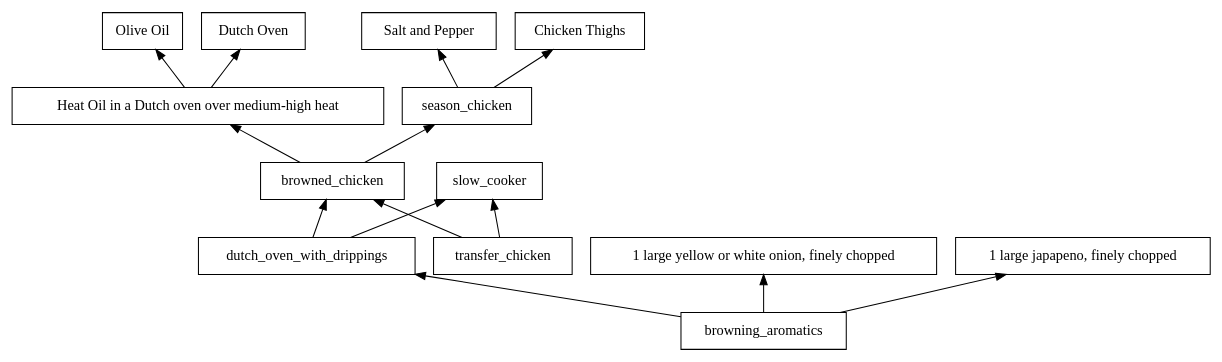
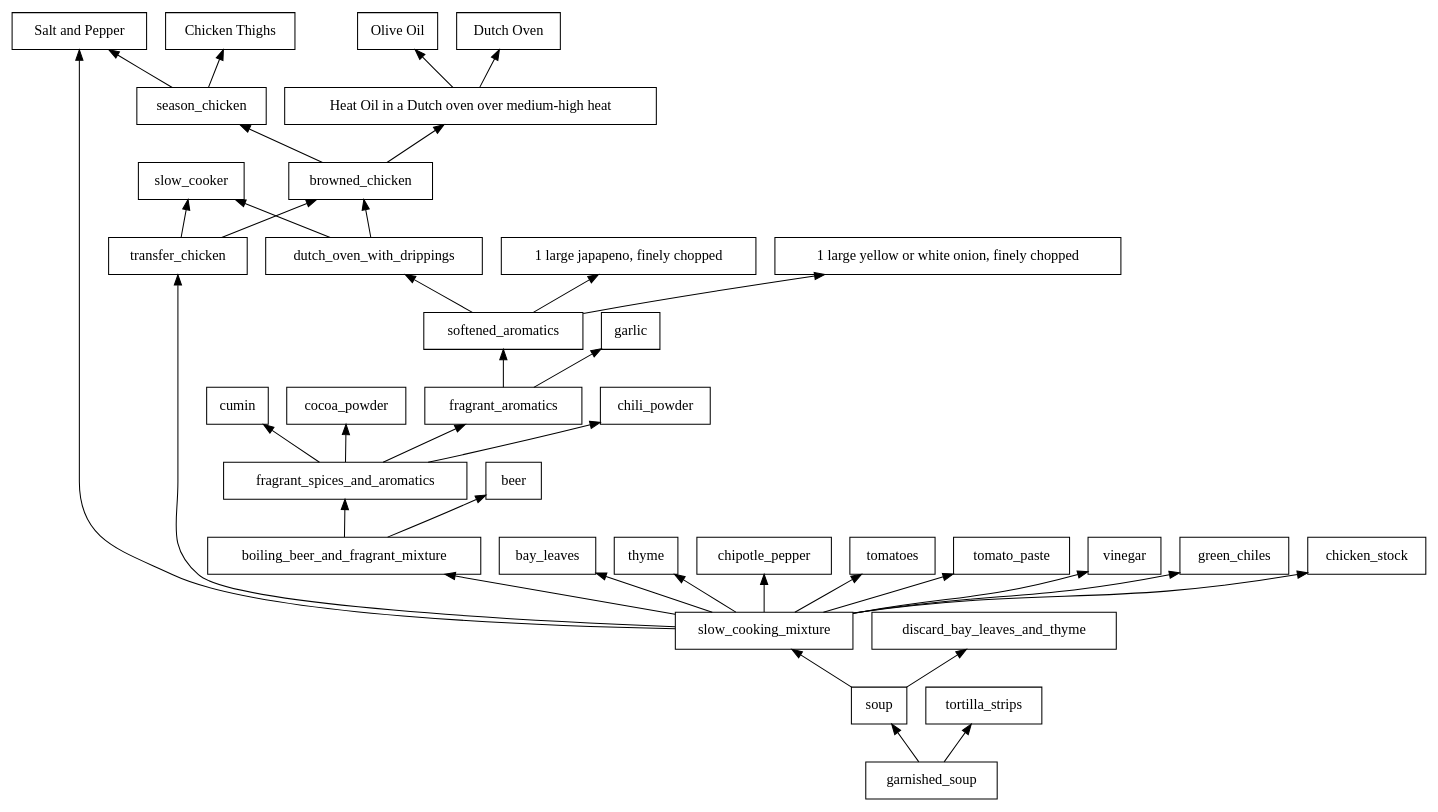
The diagram in serious-eats/slow-cooker-chicken-tortilla-soup/recipe.dot (isaacsanders/recipes-as-dependency-graphs), drawn with Graphviz before and after one commit.

```diff
--- a/serious-eats/slow-cooker-chicken-tortilla-soup/recipe.dot
+++ b/serious-eats/slow-cooker-chicken-tortilla-soup/recipe.dot
@@ -1,17 +1,22 @@
 digraph recipe {
   rankdir=BT;
   node [shape=record];
   olive_oil [label="Olive Oil"];
   dutch_oven [label="Dutch Oven"];
   heat_oil [label="Heat Oil in a Dutch oven over medium-high heat"];
   heat_oil -> olive_oil, dutch_oven;
   salt_and_pepper [label="Salt and Pepper"];
   chicken_thighs [label="Chicken Thighs"];
   season_chicken -> salt_and_pepper, chicken_thighs;
   browned_chicken -> season_chicken, heat_oil;
   dutch_oven_with_drippings, transfer_chicken -> slow_cooker, browned_chicken;
   chopped_onion [label="1 large yellow or white onion, finely chopped"];
   jalapeno [label="1 large japapeno, finely chopped"];
-  browning_aromatics -> chopped_onion, jalapeno, dutch_oven_with_drippings;
-  
+  softened_aromatics -> chopped_onion, jalapeno, dutch_oven_with_drippings;
+  fragrant_aromatics -> softened_aromatics, garlic;
+  fragrant_spices_and_aromatics -> fragrant_aromatics, chili_powder, cumin, cocoa_powder;
+  boiling_beer_and_fragrant_mixture -> fragrant_spices_and_aromatics, beer;
+  slow_cooking_mixture -> transfer_chicken, boiling_beer_and_fragrant_mixture, bay_leaves, thyme, chipotle_pepper, tomatoes, tomato_paste, vinegar, green_chiles, chicken_stock, salt_and_pepper;
+  soup -> discard_bay_leaves_and_thyme, slow_cooking_mixture;
+  garnished_soup -> soup, tortilla_strips;
 }
```
